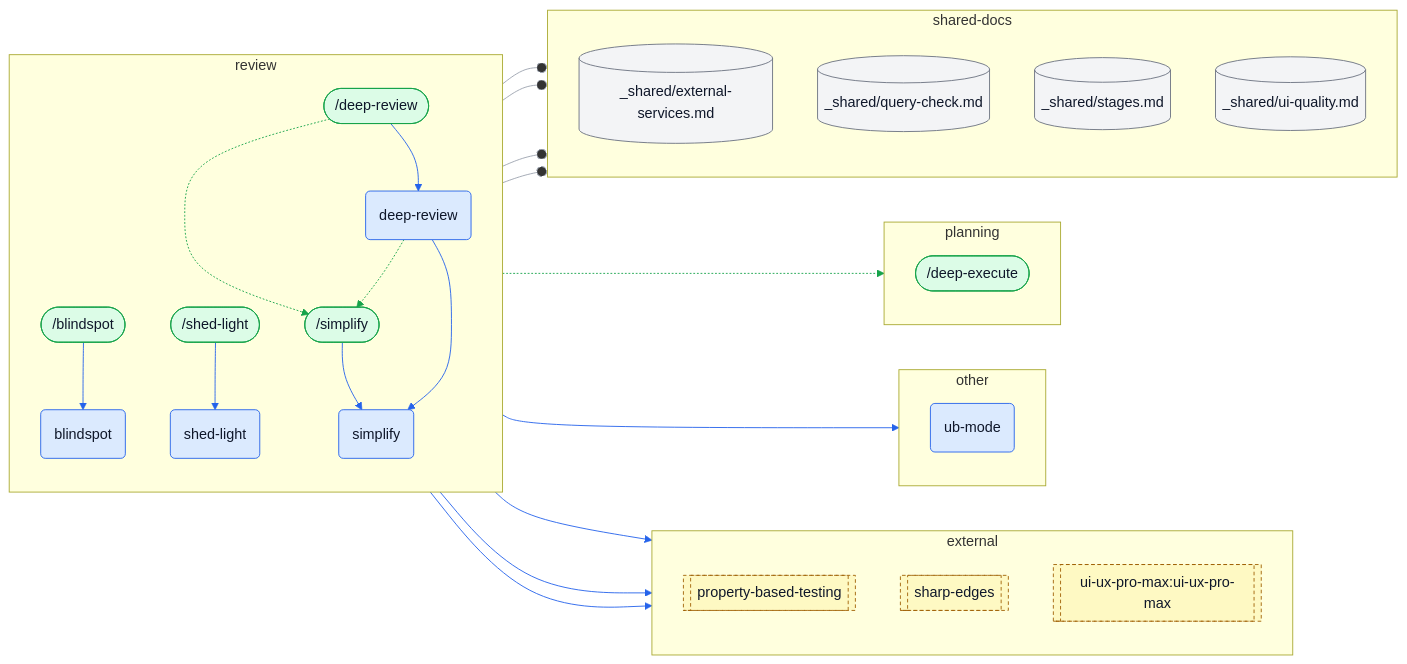
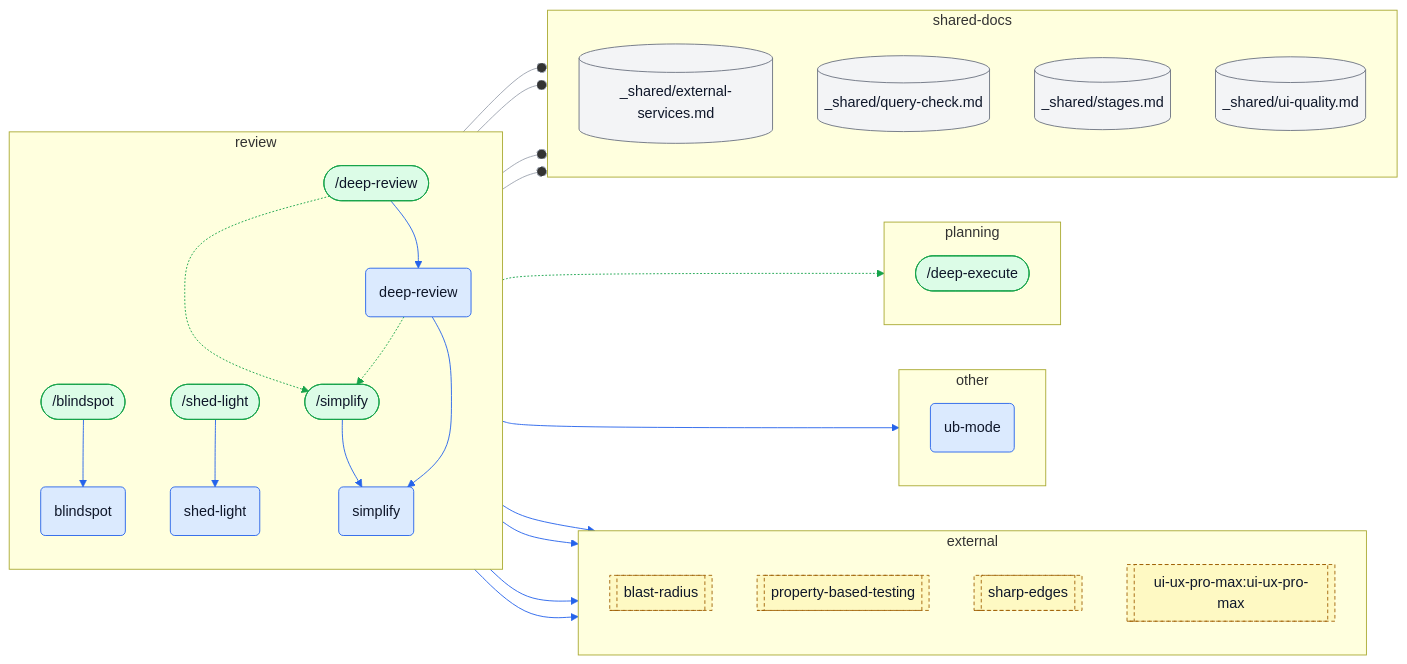
The seventh of 10 diagrams in docs/skills-map.md (ybarsotti/dotfiles), drawn with Mermaid before and after one commit. The commit also changed other lines of this file and 11 other files, not shown here.

````diff
--- a/docs/skills-map.md
+++ b/docs/skills-map.md
@@ -791,73 +794,76 @@
 ```mermaid
 flowchart LR
   subgraph cl_external["external"]
     direction TB
+    x_blast_radius[["blast-radius"]]:::external
     x_property_based_testing[["property-based-testing"]]:::external
     x_sharp_edges[["sharp-edges"]]:::external
     x_ui_ux_pro_max_ui_ux_pro_max[["ui-ux-pro-max:ui-ux-pro-max"]]:::external
   end
   subgraph cl_other["other"]
     direction TB
     s_ub_mode("ub-mode"):::skill
   end
   subgraph cl_planning["planning"]
     direction TB
     c_deep_execute(["/deep-execute"]):::command
   end
   subgraph cl_review["review"]
     direction TB
     c_blindspot(["/blindspot"]):::command
     c_deep_review(["/deep-review"]):::command
     c_shed_light(["/shed-light"]):::command
     c_simplify(["/simplify"]):::command
     s_blindspot("blindspot"):::skill
     s_deep_review("deep-review"):::skill
     s_shed_light("shed-light"):::skill
     s_simplify("simplify"):::skill
   end
   subgraph cl_shared_docs["shared-docs"]
     direction TB
     d_external_services[("_shared/external-services.md")]:::shared
     d_query_check[("_shared/query-check.md")]:::shared
     d_stages[("_shared/stages.md")]:::shared
     d_ui_quality[("_shared/ui-quality.md")]:::shared
   end
   c_blindspot --> s_blindspot
   c_deep_review -.-> c_simplify
   c_deep_review --> s_deep_review
   c_shed_light --> s_shed_light
   c_simplify --> s_simplify
+  s_blindspot --> x_blast_radius
   s_deep_review -.-> c_deep_execute
   s_deep_review -.-> c_simplify
   s_deep_review --o d_external_services
   s_deep_review --o d_query_check
   s_deep_review --o d_stages
   s_deep_review --o d_ui_quality
   s_deep_review --> s_simplify
   s_deep_review --> s_ub_mode
   s_deep_review --> x_property_based_testing
   s_deep_review --> x_sharp_edges
   s_deep_review --> x_ui_ux_pro_max_ui_ux_pro_max
   linkStyle 0 stroke:#2563eb
   linkStyle 1 stroke:#16a34a
   linkStyle 2 stroke:#2563eb
   linkStyle 3 stroke:#2563eb
   linkStyle 4 stroke:#2563eb
-  linkStyle 5 stroke:#16a34a
+  linkStyle 5 stroke:#2563eb
   linkStyle 6 stroke:#16a34a
-  linkStyle 7 stroke:#9ca3af
+  linkStyle 7 stroke:#16a34a
   linkStyle 8 stroke:#9ca3af
   linkStyle 9 stroke:#9ca3af
   linkStyle 10 stroke:#9ca3af
-  linkStyle 11 stroke:#2563eb
+  linkStyle 11 stroke:#9ca3af
   linkStyle 12 stroke:#2563eb
   linkStyle 13 stroke:#2563eb
   linkStyle 14 stroke:#2563eb
   linkStyle 15 stroke:#2563eb
+  linkStyle 16 stroke:#2563eb
   classDef skill fill:#dbeafe,stroke:#2563eb,color:#0f172a
   classDef command fill:#dcfce7,stroke:#16a34a,color:#0f172a
   classDef agent fill:#fce7f3,stroke:#db2777,color:#0f172a
   classDef shared fill:#f3f4f6,stroke:#6b7280,color:#0f172a
   classDef external fill:#fef9c3,stroke:#a16207,color:#0f172a,stroke-dasharray:4 3
   classDef step fill:#ffffff,stroke:#6b7280,color:#0f172a,stroke-dasharray:2 2
 ```
````
